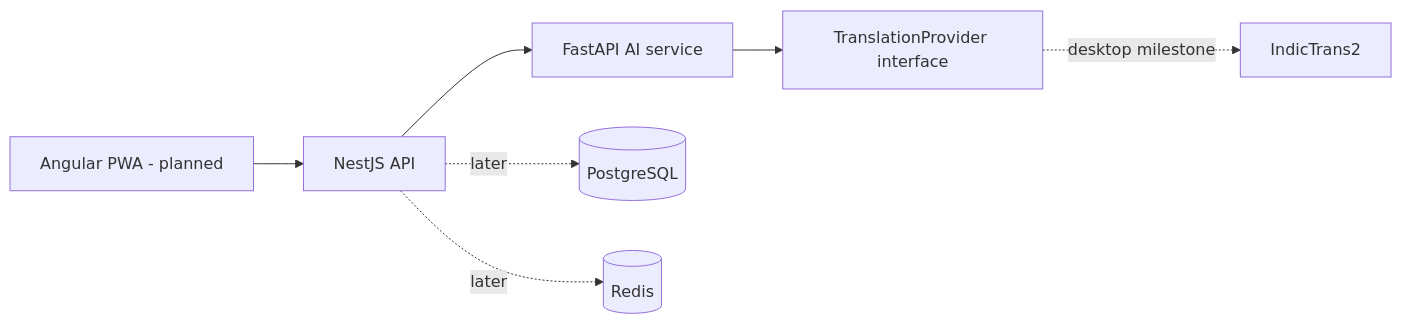
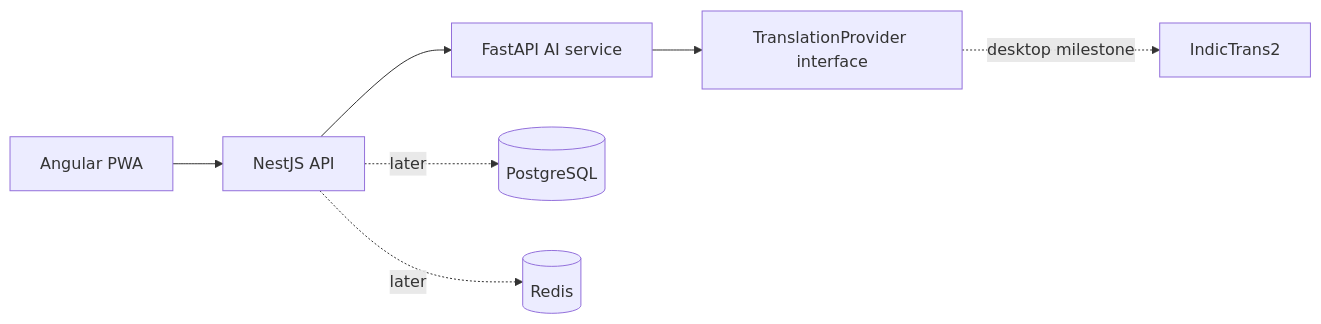
Before and after one commit to sikunaniket1234/bharatvoice: the diagram in README.md, drawn with Mermaid. The commit also changed other lines of this file and 47 other files, not shown here.

Commit message:
feat: add BharatVoice Angular PWA and Docker stack

````diff
--- a/README.md
+++ b/README.md
@@ -55,9 +55,9 @@
 ```mermaid
 flowchart LR
-	Browser[Angular PWA - planned] --> Gateway[NestJS API]
+	Browser[Angular PWA] --> Gateway[NestJS API]
 	Gateway --> AI[FastAPI AI service]
 	AI --> Provider[TranslationProvider interface]
 	Provider -. desktop milestone .-> Indic[IndicTrans2]
 	Gateway -. later .-> DB[(PostgreSQL)]
 	Gateway -. later .-> Redis[(Redis)]
 ```
````
